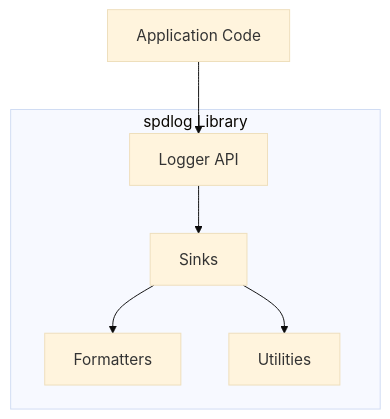
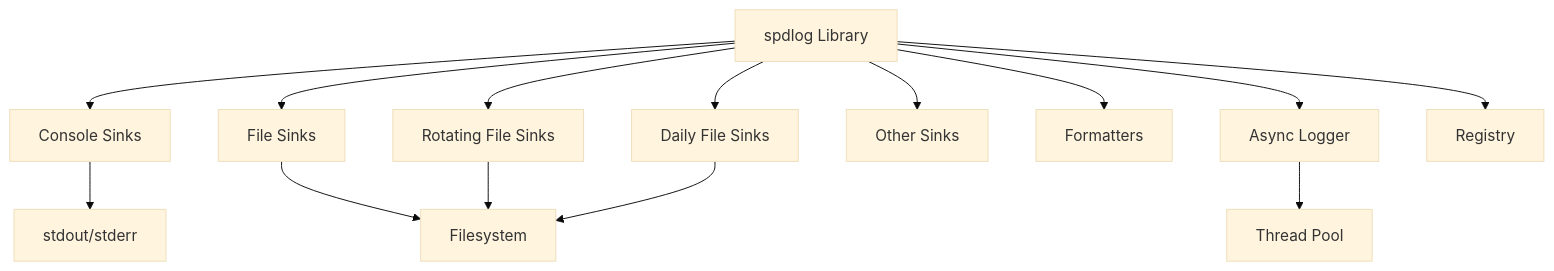
The diagram in PROJECT_README.md (audoclyphia-evals/spdlog), drawn with Mermaid (base theme) before and after one commit. The commit also changed other lines of this file and 15 other files, not shown here.

````diff
--- a/PROJECT_README.md
+++ b/PROJECT_README.md
@@ -9,14 +9,16 @@
 ```mermaid
 graph TD
-    subgraph "spdlog Library"
-        Logger[Logger API]
-        Sinks[Sinks]
-        Formatters[Formatters]
-        Utilities[Utilities]
-    end
-
-    App[Application Code] --> Logger
-    Logger --> Sinks
-    Sinks --> Formatters
-    Sinks --> Utilities
+    A[spdlog Library] --> B[Console Sinks]
+    A --> C[File Sinks]
+    A --> D[Rotating File Sinks]
+    A --> E[Daily File Sinks]
+    A --> F[Other Sinks]
+    A --> G[Formatters]
+    A --> H[Async Logger]
+    A --> I[Registry]
+    B --> J[stdout/stderr]
+    C --> K[Filesystem]
+    D --> K
+    E --> K
+    H --> L[Thread Pool]
 ```
````
